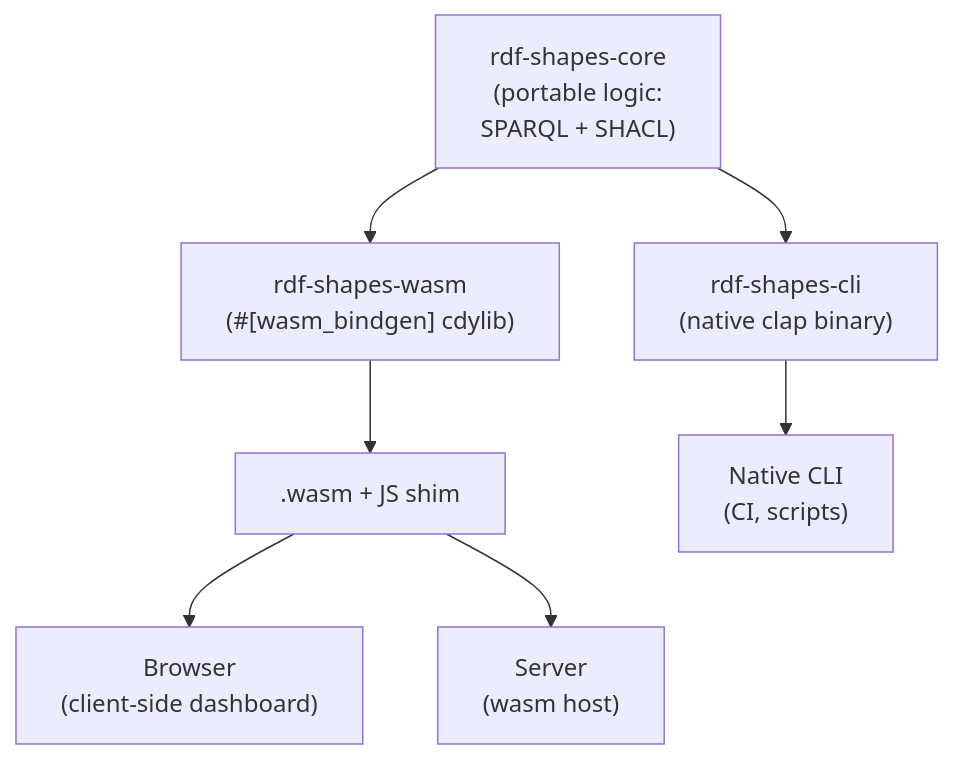
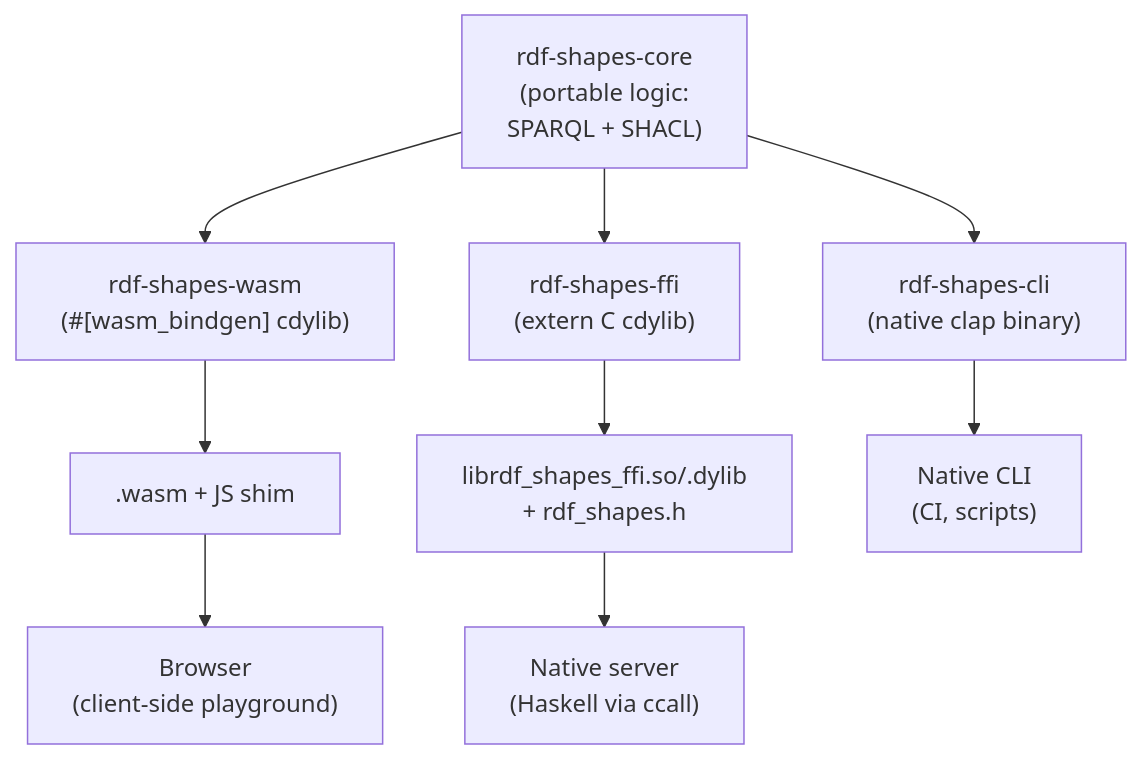
Before and after one commit to lambdasistemi/rdf-shapes-wasm: the diagram in docs/architecture.md, drawn with Mermaid. The commit also changed other lines of this file and 4 other files, not shown here.

Commit message:
docs: refresh README + docs for shipped engine/playground/FFI

````diff
--- a/docs/architecture.md
+++ b/docs/architecture.md
@@ -24,15 +43,18 @@
 ```mermaid
 flowchart TD
     core["rdf-shapes-core<br/>(portable logic:<br/>SPARQL + SHACL)"]
     wasmcrate["rdf-shapes-wasm<br/>(#[wasm_bindgen] cdylib)"]
+    fficrate["rdf-shapes-ffi<br/>(extern C cdylib)"]
     cli["rdf-shapes-cli<br/>(native clap binary)"]
 
     core --> wasmcrate
+    core --> fficrate
     core --> cli
 
-    wasmcrate --> artifact[".wasm + JS shim"]
+    wasmcrate --> wasmart[".wasm + JS shim"]
+    fficrate --> ffiart["librdf_shapes_ffi.so/.dylib<br/>+ rdf_shapes.h"]
 
-    artifact --> browser["Browser<br/>(client-side dashboard)"]
-    artifact --> server["Server<br/>(wasm host)"]
+    wasmart --> browser["Browser<br/>(client-side playground)"]
+    ffiart --> server["Native server<br/>(Haskell via ccall)"]
     cli --> native["Native CLI<br/>(CI, scripts)"]
 ```
````
